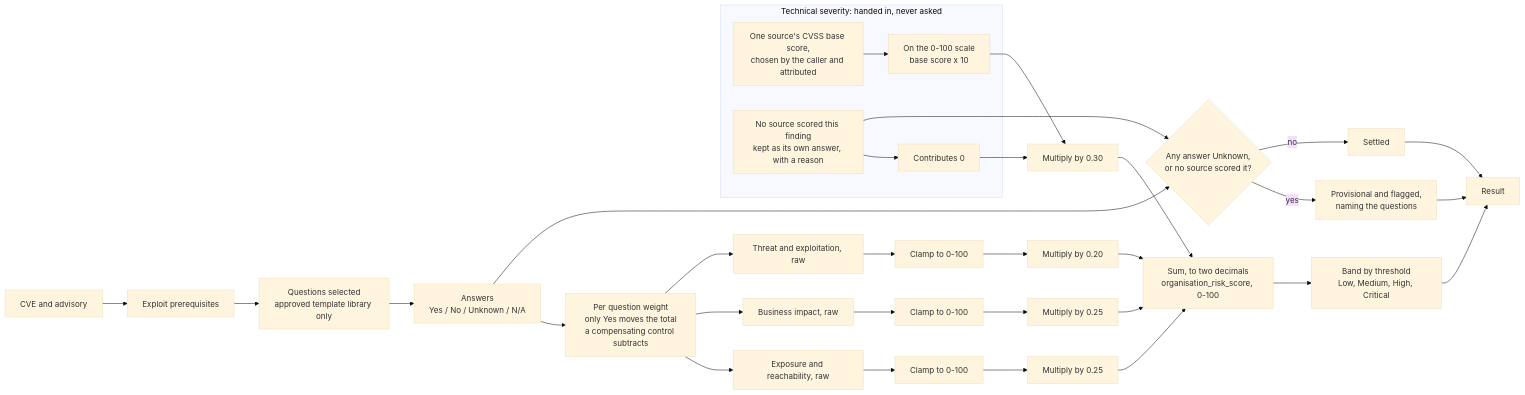
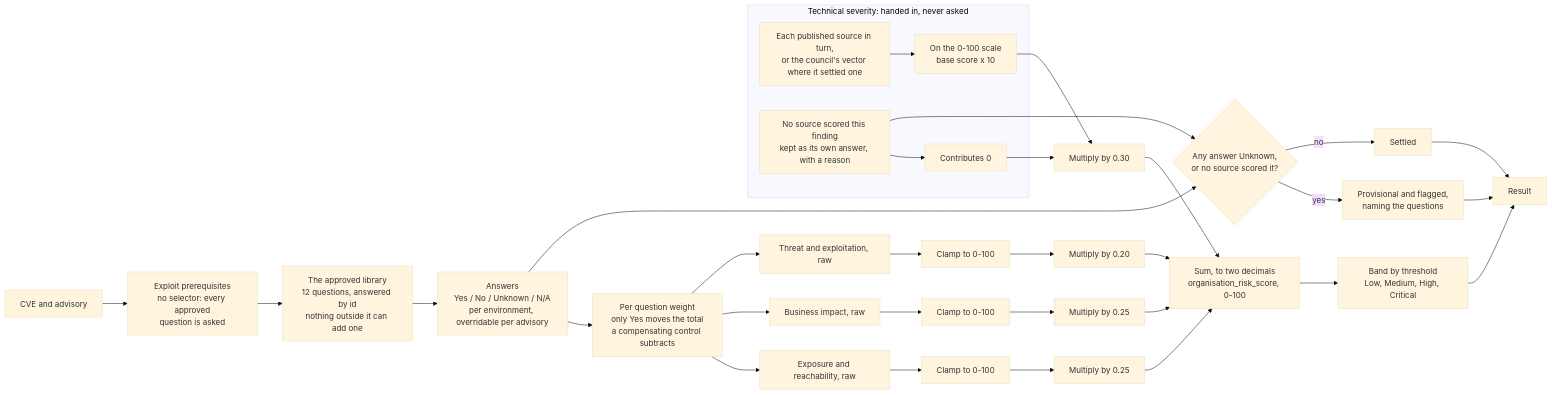
Before and after one commit to heinthtnaung/AgenticLLMAppAuditor: the third of 5 diagrams in docs/diagrams.md, drawn with Mermaid (base theme). The commit also changed other lines of this file and 2 other files, not shown here.

Commit message:
Document the organisation risk score

````diff
--- a/docs/diagrams.md
+++ b/docs/diagrams.md
@@ -184,43 +192,43 @@
 ```mermaid
 flowchart LR
-    cve["CVE and advisory"] --> pre["Exploit prerequisites"]
-    pre --> qs["Questions selected<br/>approved template library only"]
-    qs --> ans["Answers<br/>Yes / No / Unknown / N/A"]
+    cve["CVE and advisory"] --> pre["Exploit prerequisites<br/>no selector: every approved<br/>question is asked"]
+    pre --> qs["The approved library<br/>12 questions, answered by id<br/>nothing outside it can add one"]
+    qs --> ans["Answers<br/>Yes / No / Unknown / N/A<br/>per environment, overridable per advisory"]
 
     ans --> wgt["Per question weight<br/>only Yes moves the total<br/>a compensating control subtracts"]
 
     wgt --> eraw["Exposure and reachability, raw"]
     wgt --> braw["Business impact, raw"]
     wgt --> hraw["Threat and exploitation, raw"]
 
     eraw --> eclp["Clamp to 0-100"]
     braw --> bclp["Clamp to 0-100"]
     hraw --> hclp["Clamp to 0-100"]
 
     subgraph TECH["Technical severity: handed in, never asked"]
-        pick["One source's CVSS base score,<br/>chosen by the caller and attributed"] --> tsc["On the 0-100 scale<br/>base score x 10"]
+        pick["Each published source in turn,<br/>or the council's vector where it settled one"] --> tsc["On the 0-100 scale<br/>base score x 10"]
         nosrc["No source scored this finding<br/>kept as its own answer, with a reason"] --> tzero["Contributes 0"]
     end
 
     tsc --> tw["Multiply by 0.30"]
     tzero --> tw
     eclp --> ew["Multiply by 0.25"]
     bclp --> bw["Multiply by 0.25"]
     hclp --> hw["Multiply by 0.20"]
 
     tw --> total["Sum, to two decimals<br/>organisation_risk_score, 0-100"]
     ew --> total
     bw --> total
     hw --> total
 
     total --> bnd["Band by threshold<br/>Low, Medium, High, Critical"]
 
     ans --> unk{"Any answer Unknown,<br/>or no source scored it?"}
     nosrc --> unk
     unk -->|"yes"| prov["Provisional and flagged,<br/>naming the questions"]
     unk -->|"no"| firm["Settled"]
 
     bnd --> res["Result"]
     prov --> res
     firm --> res
 ```
````
